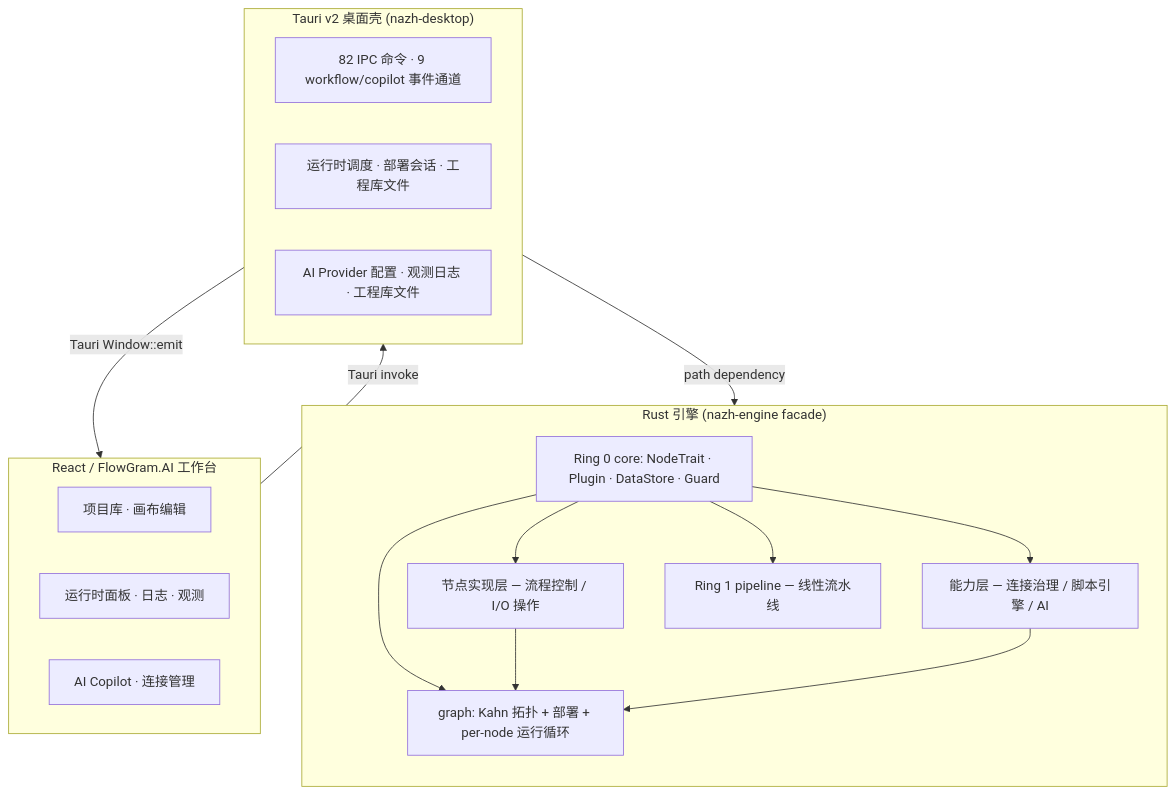
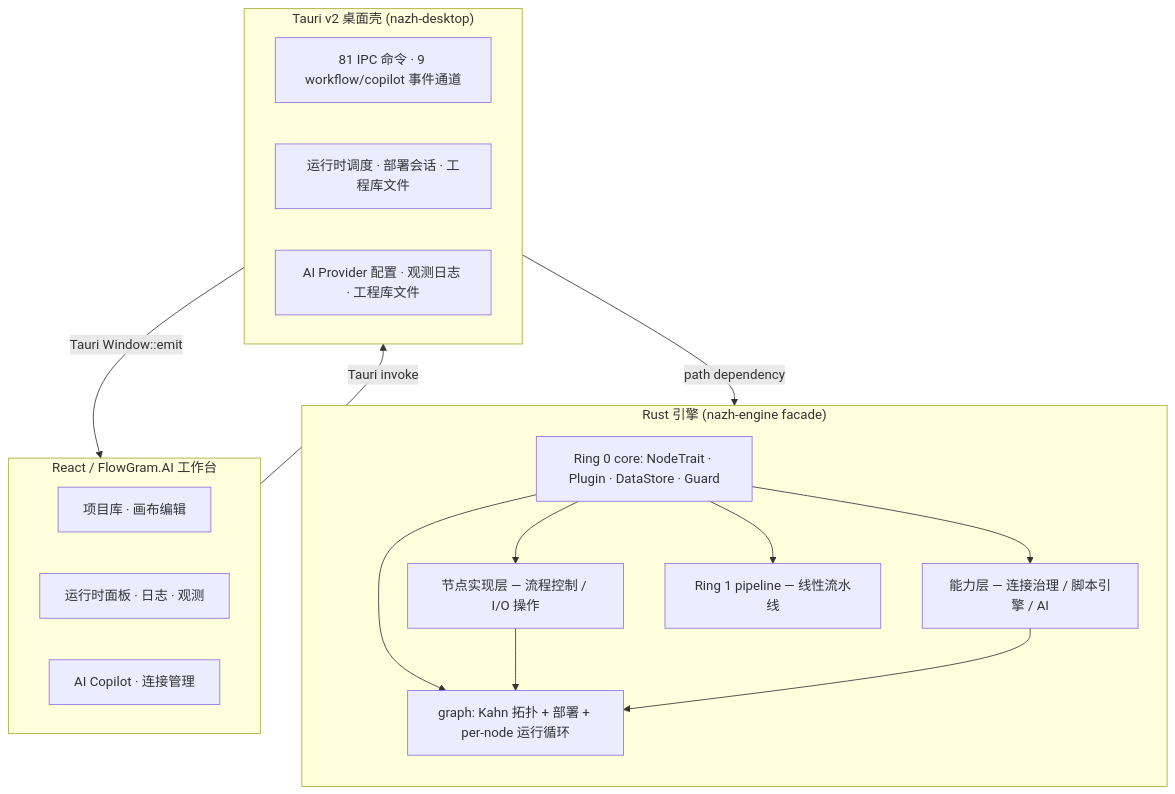
Before and after one commit to ssXue/Nazh: the diagram in README.md, drawn with Mermaid. The commit also changed other lines of this file and 2 other files, not shown here.

First line of the commit message:
docs: 知识库漂移修复——IPC 计数/节点表/ADR 状态/契约注释

````diff
--- a/README.md
+++ b/README.md
@@ -84,33 +84,33 @@
 ```mermaid
 flowchart TB
     subgraph Frontend["React / FlowGram.AI 工作台"]
         F1["项目库 · 画布编辑"]
         F2["运行时面板 · 日志 · 观测"]
         F3["AI Copilot · 连接管理"]
     end
 
     subgraph Shell["Tauri v2 桌面壳 (nazh-desktop)"]
-        S1["82 IPC 命令 · 9 workflow/copilot 事件通道"]
+        S1["81 IPC 命令 · 9 workflow/copilot 事件通道"]
         S2["运行时调度 · 部署会话 · 工程库文件"]
         S3["AI Provider 配置 · 观测日志 · 工程库文件"]
     end
 
     subgraph Engine["Rust 引擎 (nazh-engine facade)"]
         direction TB
         C0["Ring 0 core: NodeTrait · Plugin · DataStore · Guard"]
         C1a["节点实现层 — 流程控制 / I/O 操作"]
         C1b["能力层 — 连接治理 / 脚本引擎 / AI"]
         C1c["Ring 1 pipeline — 线性流水线"]
         G["graph: Kahn 拓扑 + 部署 + per-node 运行循环"]
         C0 --> C1a
         C0 --> C1b
         C0 --> C1c
         C0 --> G
         C1a --> G
         C1b --> G
     end
 
     Frontend -- "Tauri invoke" --> Shell
     Shell -- "Tauri Window::emit" --> Frontend
     Shell -- "path dependency" --> Engine
 ```
````
